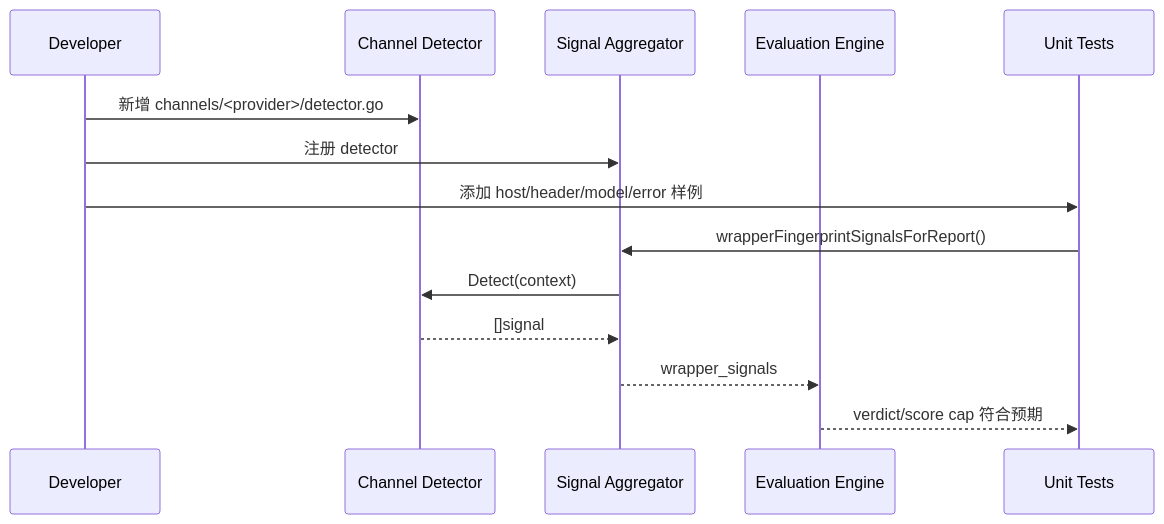
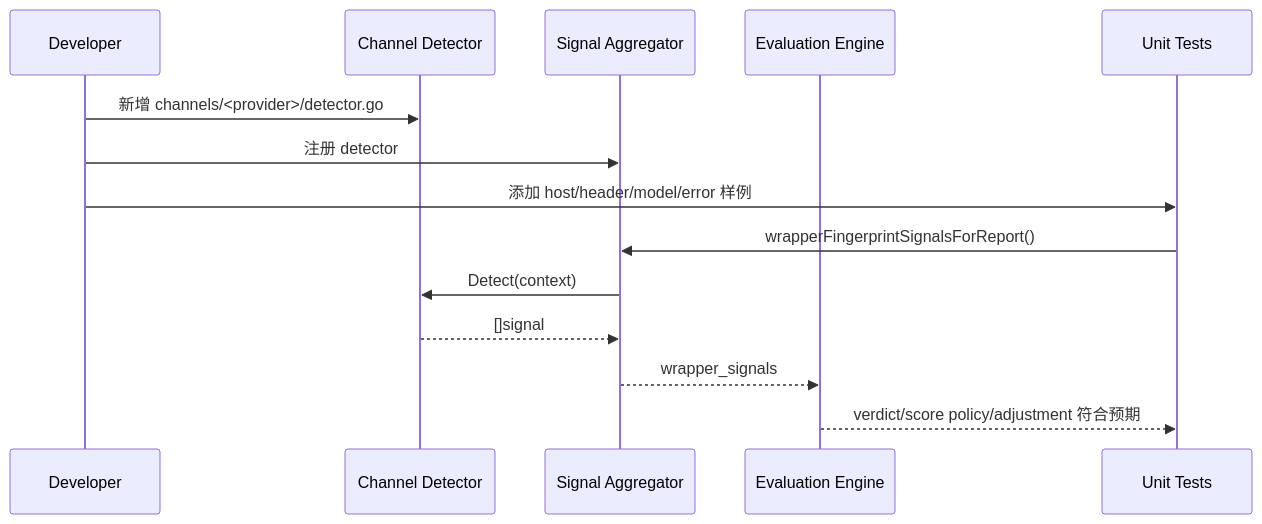
One commit to openrelayllm/sub2api-admin-plus changed the seventh of 7 diagrams in docs/roadmap/purity/README.md. Above: the diagram before and after it, drawn with Mermaid. The commit also changed other lines of this file and 33 other files, not shown here.

````diff
--- a/docs/roadmap/purity/README.md
+++ b/docs/roadmap/purity/README.md
@@ -862,17 +857,17 @@
 ```mermaid
 sequenceDiagram
   participant Dev as Developer
   participant D as Channel Detector
   participant Agg as Signal Aggregator
   participant Eval as Evaluation Engine
   participant Test as Unit Tests
 
   Dev->>D: 新增 channels/<provider>/detector.go
   Dev->>Agg: 注册 detector
   Dev->>Test: 添加 host/header/model/error 样例
   Test->>Agg: wrapperFingerprintSignalsForReport()
   Agg->>D: Detect(context)
   D-->>Agg: []signal
   Agg-->>Eval: wrapper_signals
-  Eval-->>Test: verdict/score cap 符合预期
+  Eval-->>Test: verdict/score policy/adjustment 符合预期
 ```
````
